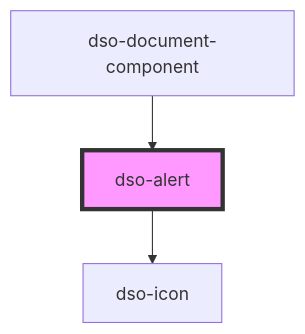
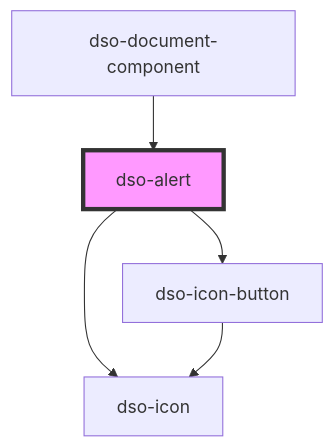
One commit to dso-toolkit/dso-toolkit changed the diagram in packages/core/src/components/alert/readme.md. Above: the diagram before and after it, drawn with Mermaid. The commit also changed other lines of this file and 48 other files, not shown here.

Commit message:
#2315 [Added] Icon button: Replace all buttons with icon-only with the icon-button component

````diff
--- a/packages/core/src/components/alert/readme.md
+++ b/packages/core/src/components/alert/readme.md
@@ -34,6 +35,8 @@
 ```mermaid
 graph TD;
   dso-alert --> dso-icon
+  dso-alert --> dso-icon-button
+  dso-icon-button --> dso-icon
   dso-document-component --> dso-alert
   style dso-alert fill:#f9f,stroke:#333,stroke-width:4px
 ```
````
